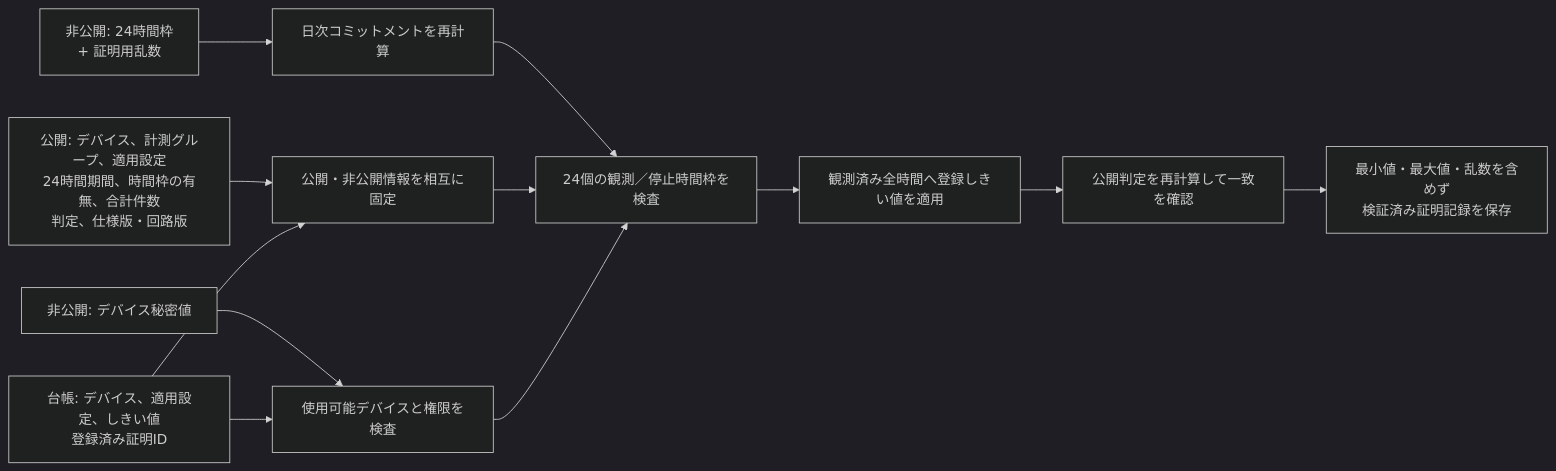
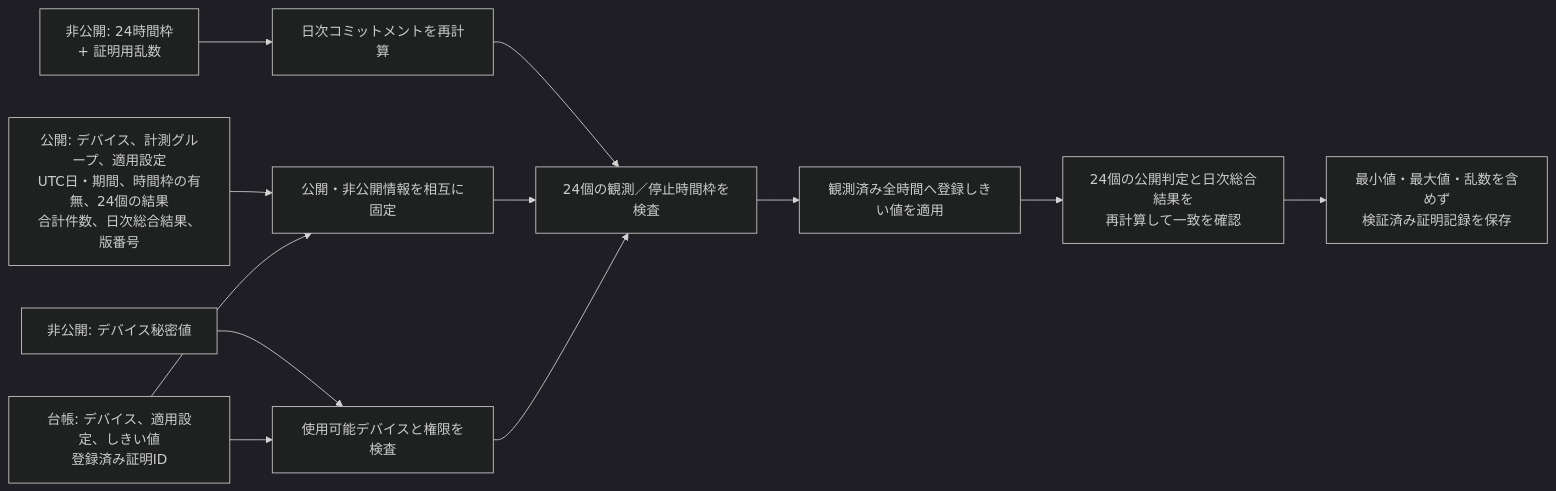
Before and after one commit to commun-platform/midnight_buildathons_bacchili: the seventh of 8 diagrams in docs/ja/implementation/zk_circuit_spec.md, drawn with Mermaid (dark theme). The commit also changed other lines of this file and 81 other files, not shown here.

````diff
--- a/docs/ja/implementation/zk_circuit_spec.md
+++ b/docs/ja/implementation/zk_circuit_spec.md
@@ -212,14 +213,14 @@
 ```mermaid
 flowchart LR
     DSECRET["非公開: デバイス秘密値"] --> DAUTH["使用可能デバイスと権限を検査"]
     DAILY["非公開: 24時間枠<br/>+ 証明用乱数"] --> COMMIT["日次コミットメントを再計算"]
-    PUBLIC["公開: デバイス、計測グループ、適用設定<br/>24時間期間、時間枠の有無、合計件数<br/>判定、仕様版・回路版"] --> BIND["公開・非公開情報を相互に固定"]
+    PUBLIC["公開: デバイス、計測グループ、適用設定<br/>UTC日・期間、時間枠の有無、24個の結果<br/>合計件数、日次総合結果、版番号"] --> BIND["公開・非公開情報を相互に固定"]
     LEDGER["台帳: デバイス、適用設定、しきい値<br/>登録済み証明ID"] --> DAUTH
     LEDGER --> BIND
     COMMIT --> HOURS["24個の観測／停止時間枠を検査"]
     BIND --> HOURS
     DAUTH --> HOURS
     HOURS --> RANGE["観測済み全時間へ登録しきい値を適用"]
-    RANGE --> RESULT["公開判定を再計算して一致を確認"]
+    RANGE --> RESULT["24個の公開判定と日次総合結果を<br/>再計算して一致を確認"]
     RESULT --> WRITE["最小値・最大値・乱数を含めず<br/>検証済み証明記録を保存"]
 ```
````
